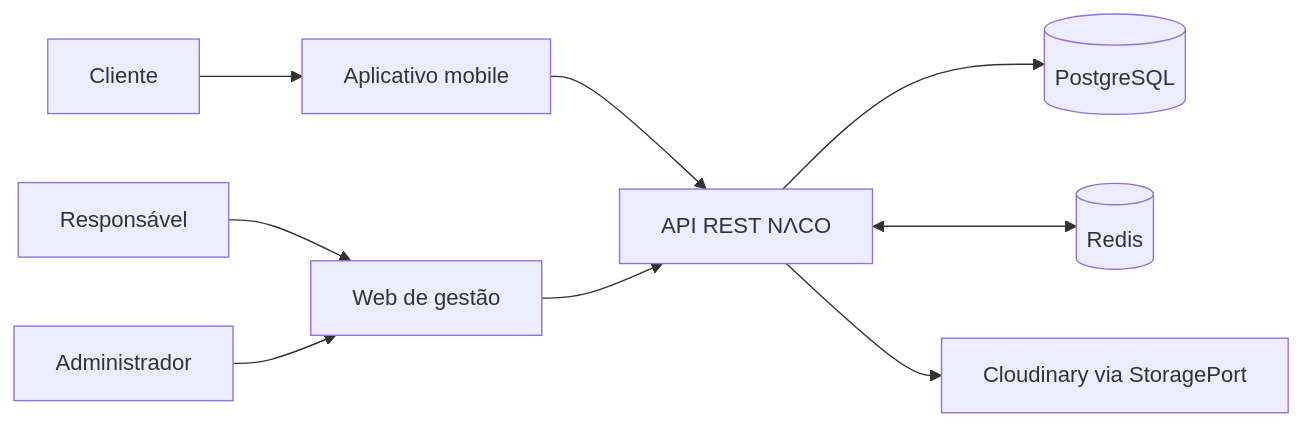
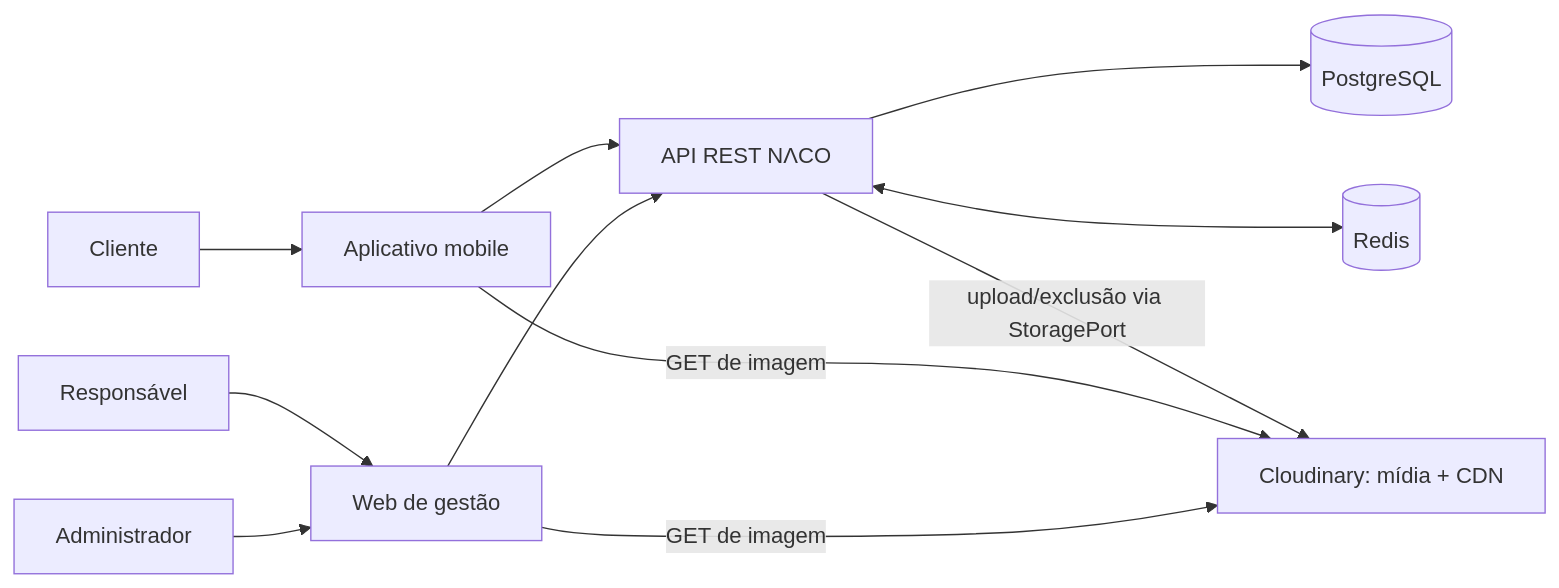
Before and after one commit to Gabrielhanel/naco: the first of 2 diagrams in docs/architecture/NACO_ARQUITETURA_ESPECIFICACAO_TECNICA.md, drawn with Mermaid. The commit also changed other lines of this file and 12 other files, not shown here.

````diff
--- a/docs/architecture/NACO_ARQUITETURA_ESPECIFICACAO_TECNICA.md
+++ b/docs/architecture/NACO_ARQUITETURA_ESPECIFICACAO_TECNICA.md
@@ -262,11 +265,13 @@
 ```mermaid
 flowchart LR
   C[Cliente] --> M[Aplicativo mobile]
   R[Responsável] --> W[Web de gestão]
   A[Administrador] --> W
   M --> API[API REST NɅCO]
   W --> API
   API --> PG[(PostgreSQL)]
   API <--> RD[(Redis)]
-  API --> IMG[Cloudinary via StoragePort]
+  API -->|upload/exclusão via StoragePort| CLD[Cloudinary: mídia + CDN]
+  M -->|GET de imagem| CLD
+  W -->|GET de imagem| CLD
 ```
````
